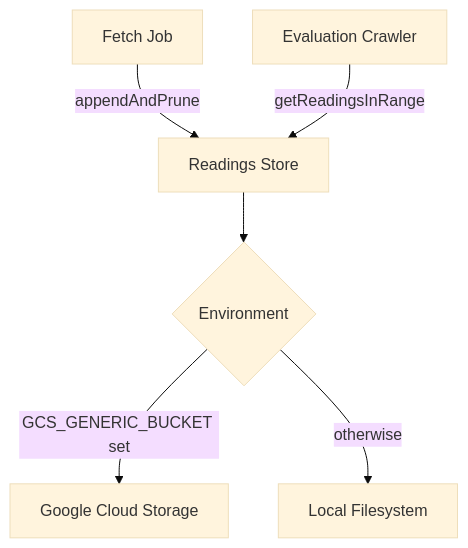
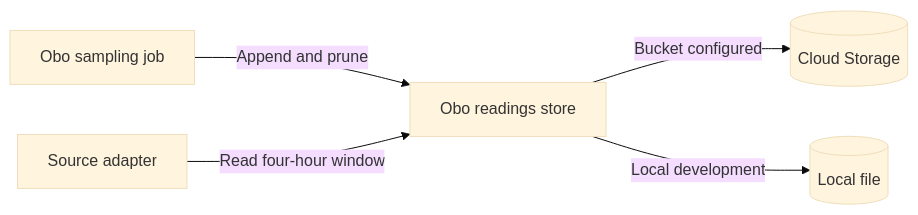
Before and after one commit to vbuch/oboapp: the diagram in docs/features/air-quality-storage.md, drawn with Mermaid (base theme). The commit also changed other lines of this file and 1 other file, not shown here.

Commit message:
docs: describe Sensor.Community sampling and evaluation

````diff
--- a/docs/features/air-quality-storage.md
+++ b/docs/features/air-quality-storage.md
@@ -9,8 +7,7 @@
 ```mermaid
-flowchart TD
-    A[Fetch Job] -->|appendAndPrune| B[Readings Store]
-    C[Evaluation Crawler] -->|getReadingsInRange| B
-    B --> D{Environment}
-    D -->|GCS_GENERIC_BUCKET set| E[Google Cloud Storage]
-    D -->|otherwise| F[Local Filesystem]
+flowchart LR
+    fetch[Obo sampling job] -->|Append and prune| store[Obo readings store]
+    adapter[Source adapter] -->|Read four-hour window| store
+    store -->|Bucket configured| gcs[(Cloud Storage)]
+    store -->|Local development| fs[(Local file)]
 ```
````
